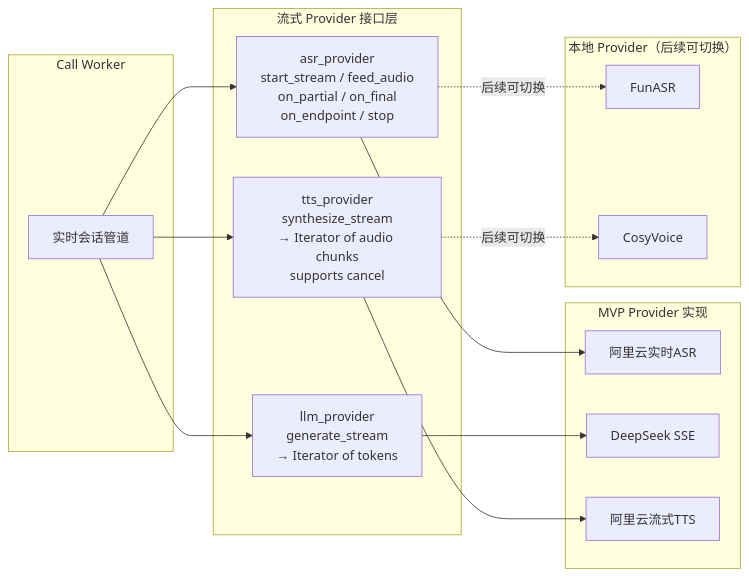
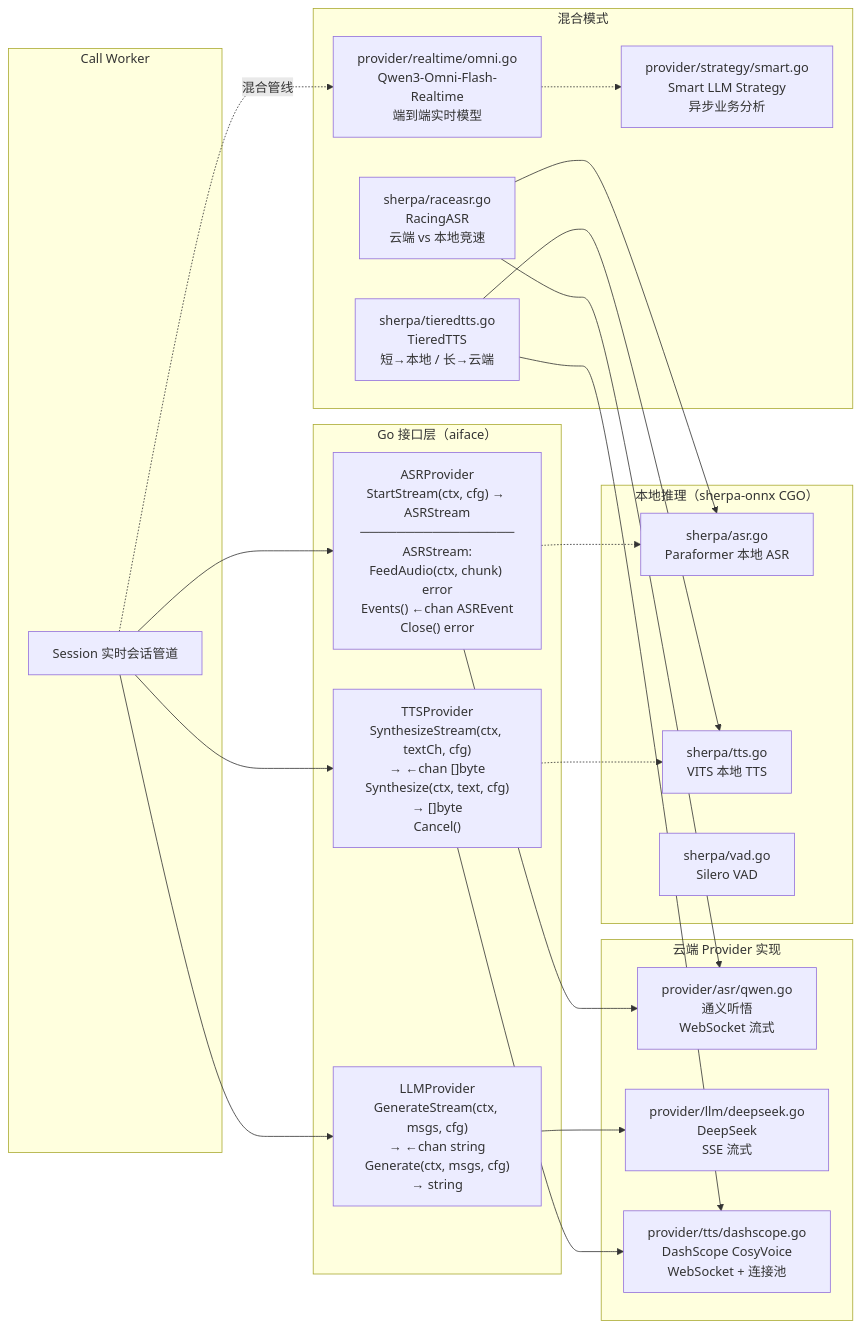
The diagram in design/diagrams/02-03-provider-architecture.mmd (omeyang/Clarion), drawn with Mermaid before and after one commit. The commit also changed 25 other files, not shown here.

First line of the commit message:
修订设计文档与架构图，统一 guard 包文档注释

```diff
--- a/design/diagrams/02-03-provider-architecture.mmd
+++ b/design/diagrams/02-03-provider-architecture.mmd
@@ -1,32 +1,48 @@
 flowchart LR
     subgraph BIZ["Call Worker"]
-        CW["实时会话管道"]
+        CW["Session 实时会话管道"]
     end
 
-    subgraph API["流式 Provider 接口层"]
-        ASR["asr_provider<br/>start_stream / feed_audio<br/>on_partial / on_final<br/>on_endpoint / stop"]
-        LLM["llm_provider<br/>generate_stream<br/>→ Iterator of tokens"]
-        TTS["tts_provider<br/>synthesize_stream<br/>→ Iterator of audio chunks<br/>supports cancel"]
+    subgraph IFACE["Go 接口层（aiface）"]
+        ASR["ASRProvider<br/>StartStream(ctx, cfg) → ASRStream<br/>─────────────────<br/>ASRStream:<br/>FeedAudio(ctx, chunk) error<br/>Events() ←chan ASREvent<br/>Close() error"]
+        LLM["LLMProvider<br/>GenerateStream(ctx, msgs, cfg)<br/>→ ←chan string<br/>Generate(ctx, msgs, cfg)<br/>→ string"]
+        TTS["TTSProvider<br/>SynthesizeStream(ctx, textCh, cfg)<br/>→ ←chan []byte<br/>Synthesize(ctx, text, cfg)<br/>→ []byte<br/>Cancel()"]
     end
 
-    subgraph MVP["MVP Provider 实现"]
-        AliyunASR["阿里云实时ASR"]
-        DeepSeek["DeepSeek SSE"]
-        AliyunTTS["阿里云流式TTS"]
+    subgraph CLOUD["云端 Provider 实现"]
+        QwenASR["provider/asr/qwen.go<br/>通义听悟<br/>WebSocket 流式"]
+        DeepSeek["provider/llm/deepseek.go<br/>DeepSeek<br/>SSE 流式"]
+        DashTTS["provider/tts/dashscope.go<br/>DashScope CosyVoice<br/>WebSocket + 连接池"]
     end
 
-    subgraph LOCAL["本地 Provider（后续可切换）"]
-        FunASR["FunASR"]
-        CosyVoice["CosyVoice"]
+    subgraph LOCAL["本地推理（sherpa-onnx CGO）"]
+        Paraformer["sherpa/asr.go<br/>Paraformer 本地 ASR"]
+        VITS["sherpa/tts.go<br/>VITS 本地 TTS"]
+        SileroVAD["sherpa/vad.go<br/>Silero VAD"]
+    end
+
+    subgraph HYBRID["混合模式"]
+        Racing["sherpa/raceasr.go<br/>RacingASR<br/>云端 vs 本地竞速"]
+        Tiered["sherpa/tieredtts.go<br/>TieredTTS<br/>短→本地 / 长→云端"]
+        Omni["provider/realtime/omni.go<br/>Qwen3-Omni-Flash-Realtime<br/>端到端实时模型"]
+        Smart["provider/strategy/smart.go<br/>Smart LLM Strategy<br/>异步业务分析"]
     end
 
     CW --> ASR
     CW --> LLM
     CW --> TTS
 
-    ASR --> AliyunASR
+    ASR --> QwenASR
     LLM --> DeepSeek
-    TTS --> AliyunTTS
+    TTS --> DashTTS
 
-    ASR -.后续可切换.-> FunASR
-    TTS -.后续可切换.-> CosyVoice
+    ASR -.-> Paraformer
+    TTS -.-> VITS
+
+    Racing --> QwenASR
+    Racing --> Paraformer
+    Tiered --> DashTTS
+    Tiered --> VITS
+
+    CW -.->|"混合管线"| Omni
+    Omni -.-> Smart
```
